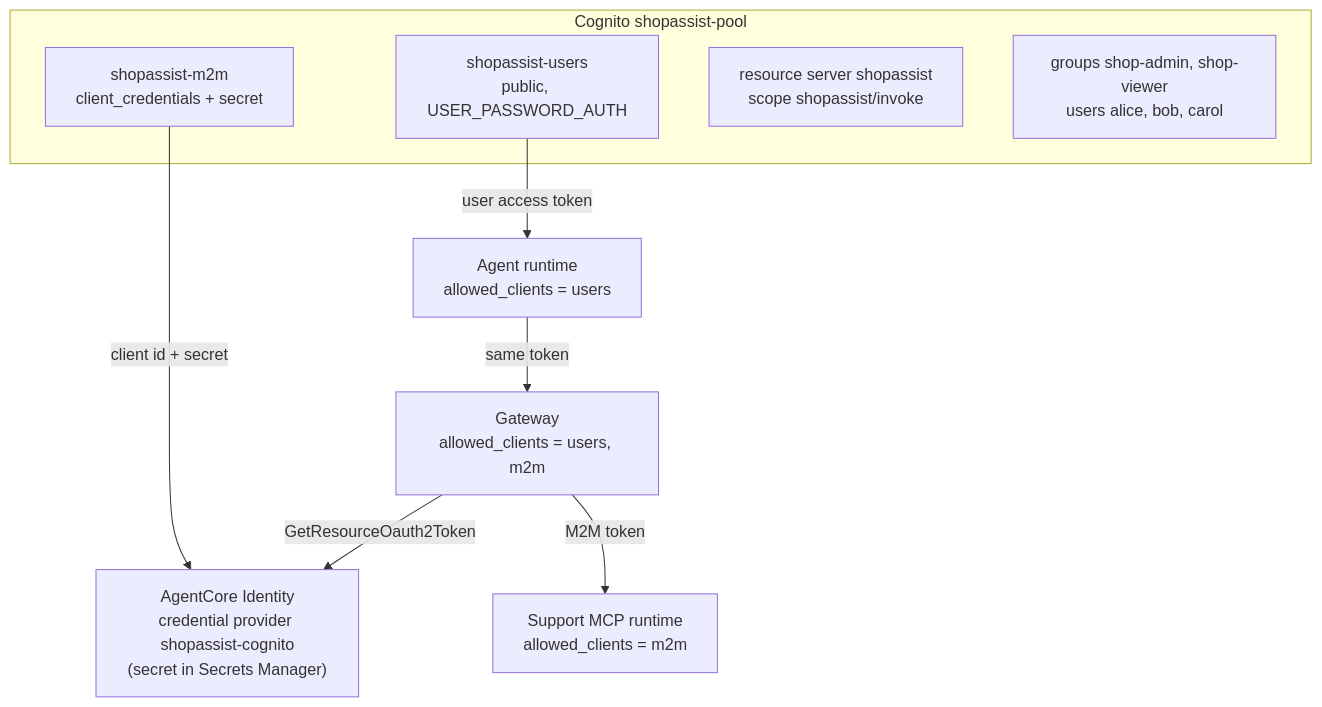
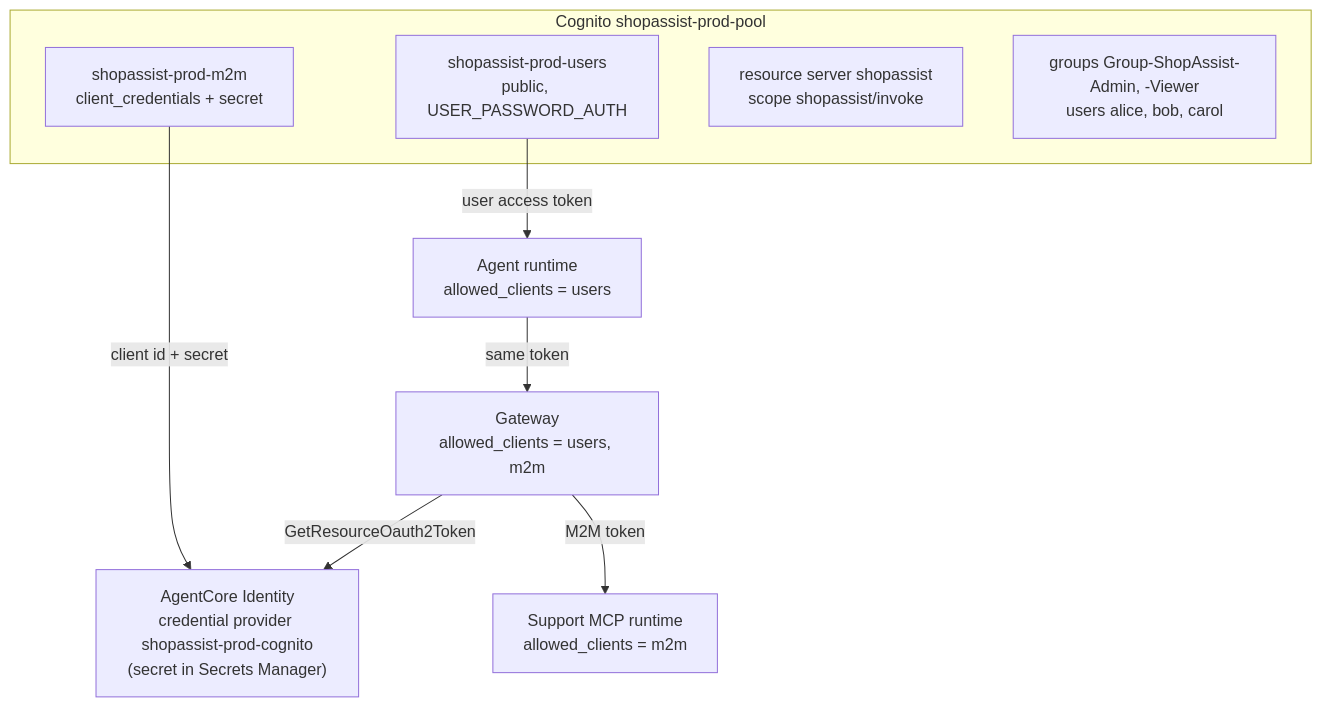
The fifth of 5 diagrams in docs/03-architecture.md (kalyanfromusa/strands-agent-mcp-skills-poc), drawn with Mermaid before and after one commit. The commit also changed other lines of this file and 101 other files, not shown here.

````diff
--- a/docs/03-architecture.md
+++ b/docs/03-architecture.md
@@ -331,14 +332,14 @@
 ```mermaid
 flowchart TB
-    subgraph Cognito["Cognito shopassist-pool"]
-        UC["shopassist-users<br/>public, USER_PASSWORD_AUTH"]
-        MC["shopassist-m2m<br/>client_credentials + secret"]
+    subgraph Cognito["Cognito shopassist-prod-pool"]
+        UC["shopassist-prod-users<br/>public, USER_PASSWORD_AUTH"]
+        MC["shopassist-prod-m2m<br/>client_credentials + secret"]
         RS["resource server shopassist<br/>scope shopassist/invoke"]
-        GR["groups shop-admin, shop-viewer<br/>users alice, bob, carol"]
+        GR["groups Group-ShopAssist-Admin, -Viewer<br/>users alice, bob, carol"]
     end
     UC -- "user access token" --> AR["Agent runtime<br/>allowed_clients = users"]
     AR -- "same token" --> GW["Gateway<br/>allowed_clients = users, m2m"]
-    MC -- "client id + secret" --> CP["AgentCore Identity<br/>credential provider shopassist-cognito<br/>(secret in Secrets Manager)"]
+    MC -- "client id + secret" --> CP["AgentCore Identity<br/>credential provider shopassist-prod-cognito<br/>(secret in Secrets Manager)"]
     GW -- "GetResourceOauth2Token" --> CP
     GW -- "M2M token" --> MR["Support MCP runtime<br/>allowed_clients = m2m"]
 ```
````
